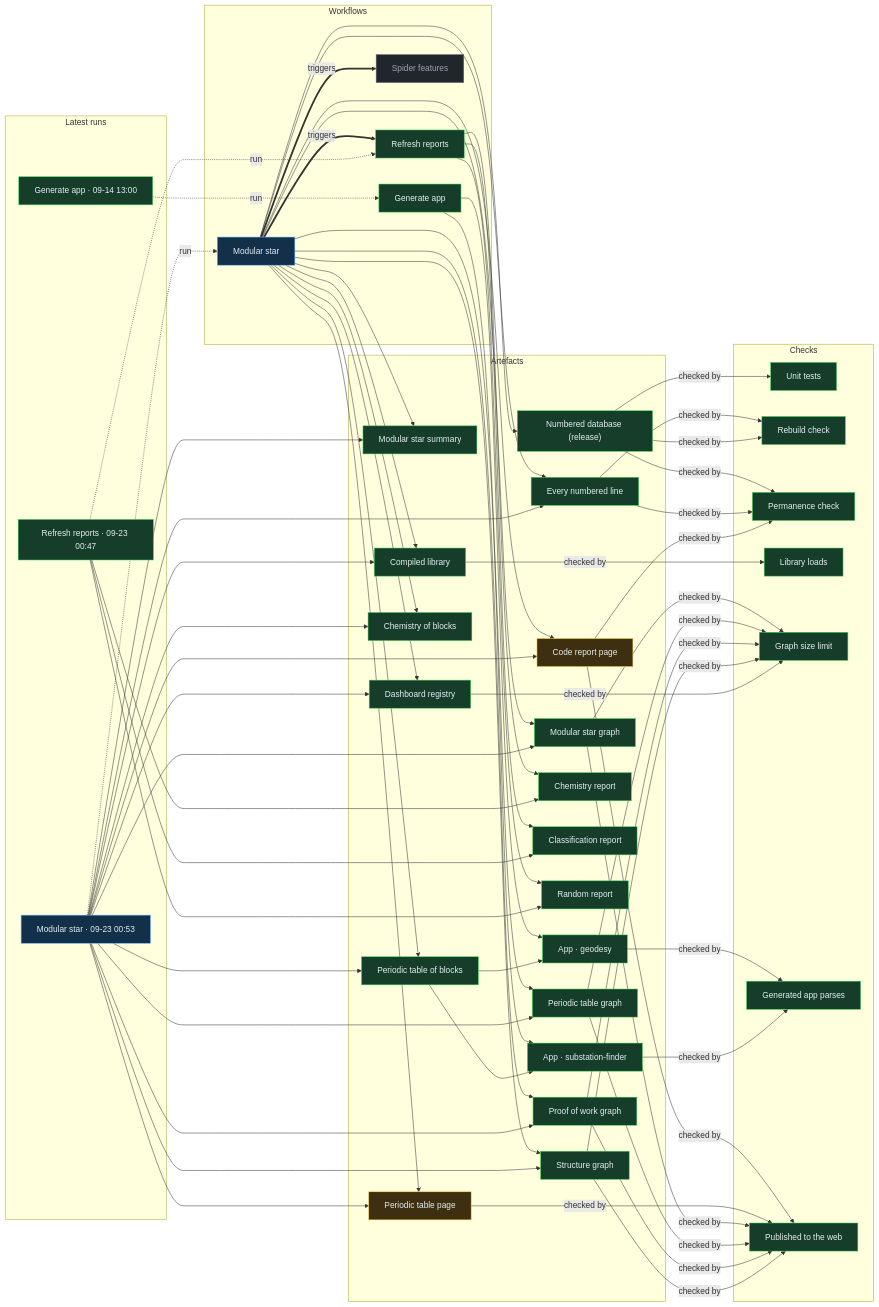
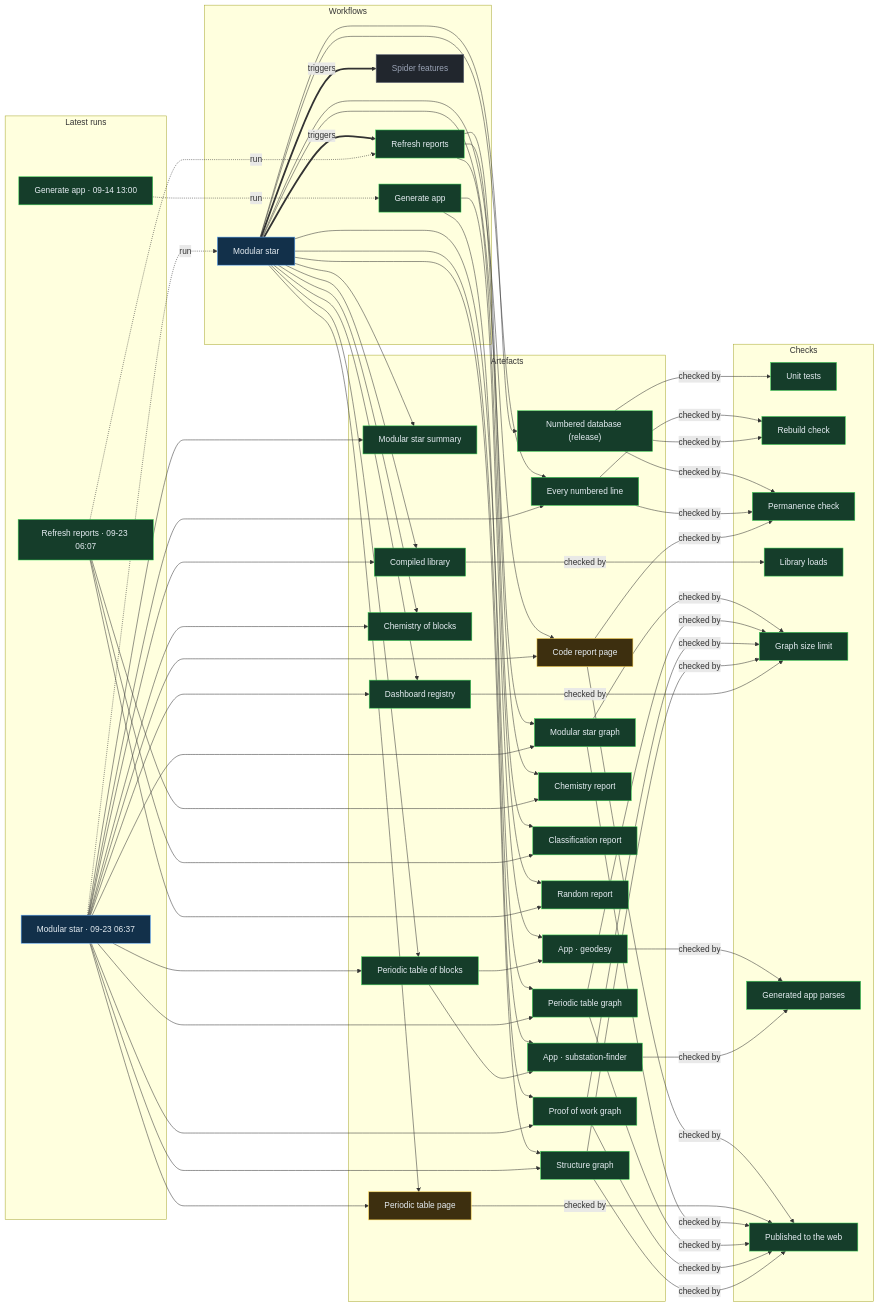
Before and after one commit to Ventusltd/stars: the diagram in proof/PROOF.md, drawn with Mermaid. The commit also changed other lines of this file and 35 other files, not shown here.

Commit message:
Modular star 2026-09-23T06:39Z

```diff
--- a/proof/PROOF.md
+++ b/proof/PROOF.md
@@ -24,8 +24,8 @@
   n_wf_spider_features["Spider features"]:::off
   end
   subgraph g_runs["Latest runs"]
-  n_run_35804022346["Modular star · 09-23 00:53"]:::live
-  n_run_35803568972["Refresh reports · 09-23 00:47"]:::ok
+  n_run_35827597567["Modular star · 09-23 06:37"]:::live
+  n_run_35825356847["Refresh reports · 09-23 06:07"]:::ok
   n_run_34846587798["Generate app · 09-14 13:00"]:::ok
   end
   subgraph g_artefacts["Artefacts"]
@@ -59,39 +59,39 @@
   end
   n_wf_modular_star == triggers ==> n_wf_refresh
   n_wf_modular_star == triggers ==> n_wf_spider_features
-  n_run_35804022346 -. run .-> n_wf_modular_star
-  n_run_35803568972 -. run .-> n_wf_refresh
+  n_run_35827597567 -. run .-> n_wf_modular_star
+  n_run_35825356847 -. run .-> n_wf_refresh
   n_run_34846587798 -. run .-> n_wf_generate
   n_wf_modular_star --> n_art_summary
-  n_run_35804022346 --> n_art_summary
+  n_run_35827597567 --> n_art_summary
   n_wf_modular_star --> n_art_lines
-  n_run_35804022346 --> n_art_lines
+  n_run_35827597567 --> n_art_lines
   n_wf_modular_star --> n_art_code
-  n_run_35804022346 --> n_art_code
+  n_run_35827597567 --> n_art_code
   n_wf_modular_star --> n_art_modular_graph
-  n_run_35804022346 --> n_art_modular_graph
+  n_run_35827597567 --> n_art_modular_graph
   n_wf_modular_star --> n_art_blocks
-  n_run_35804022346 --> n_art_blocks
+  n_run_35827597567 --> n_art_blocks
   n_wf_modular_star --> n_art_table
-  n_run_35804022346 --> n_art_table
+  n_run_35827597567 --> n_art_table
   n_wf_modular_star --> n_art_blocks_graph
-  n_run_35804022346 --> n_art_blocks_graph
+  n_run_35827597567 --> n_art_blocks_graph
   n_wf_modular_star --> n_art_reactions
-  n_run_35804022346 --> n_art_reactions
+  n_run_35827597567 --> n_art_reactions
   n_wf_modular_star --> n_art_library
-  n_run_35804022346 --> n_art_library
+  n_run_35827597567 --> n_art_library
   n_wf_modular_star --> n_art_features
-  n_run_35804022346 --> n_art_features
+  n_run_35827597567 --> n_art_features
   n_wf_modular_star --> n_art_proof
-  n_run_35804022346 --> n_art_proof
+  n_run_35827597567 --> n_art_proof
   n_wf_modular_star --> n_art_structure
-  n_run_35804022346 --> n_art_structure
+  n_run_35827597567 --> n_art_structure
   n_wf_refresh --> n_art_chemistry
-  n_run_35803568972 --> n_art_chemistry
+  n_run_35825356847 --> n_art_chemistry
   n_wf_refresh --> n_art_vedic
-  n_run_35803568972 --> n_art_vedic
+  n_run_35825356847 --> n_art_vedic
   n_wf_refresh --> n_art_random
-  n_run_35803568972 --> n_art_random
+  n_run_35825356847 --> n_art_random
   n_wf_modular_star --> n_art_release
   n_wf_generate --> n_app_geodesy
   n_art_blocks --> n_app_geodesy
```
